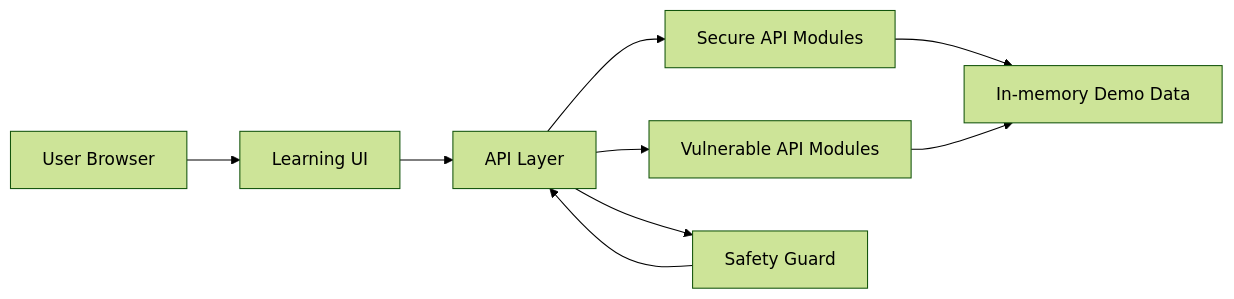
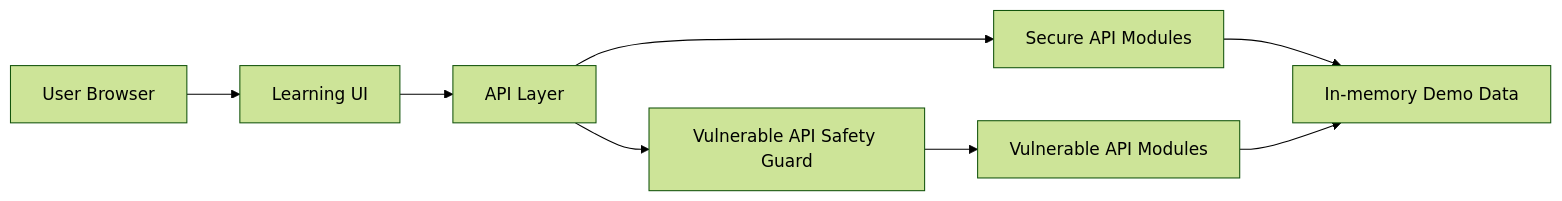
One commit to kiryu1211/api-security-lab-platform changed the first of 8 diagrams in docs/design.en.md. Above: the diagram before and after it, drawn with Mermaid (forest theme). The commit also changed other lines of this file and 15 other files, not shown here.

````diff
--- a/docs/design.en.md
+++ b/docs/design.en.md
@@ -20,11 +20,10 @@
 ```mermaid
 flowchart LR
     U[User Browser] --> UI[Learning UI]
     UI --> API[API Layer]
     API --> Safe[Secure API Modules]
-    API --> Vuln[Vulnerable API Modules]
-    API --> Guard[Safety Guard]
+    API --> Guard[Vulnerable API Safety Guard]
+    Guard --> Vuln[Vulnerable API Modules]
     Safe --> Data[In-memory Demo Data]
     Vuln --> Data
-    Guard --> API
 ```
````
